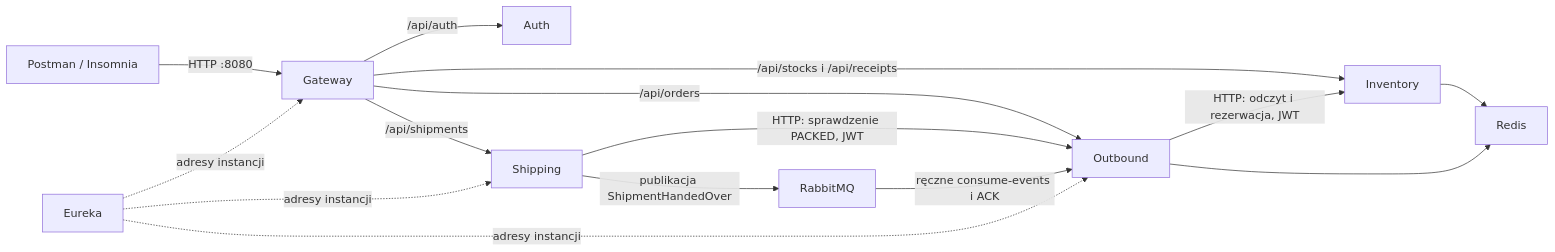
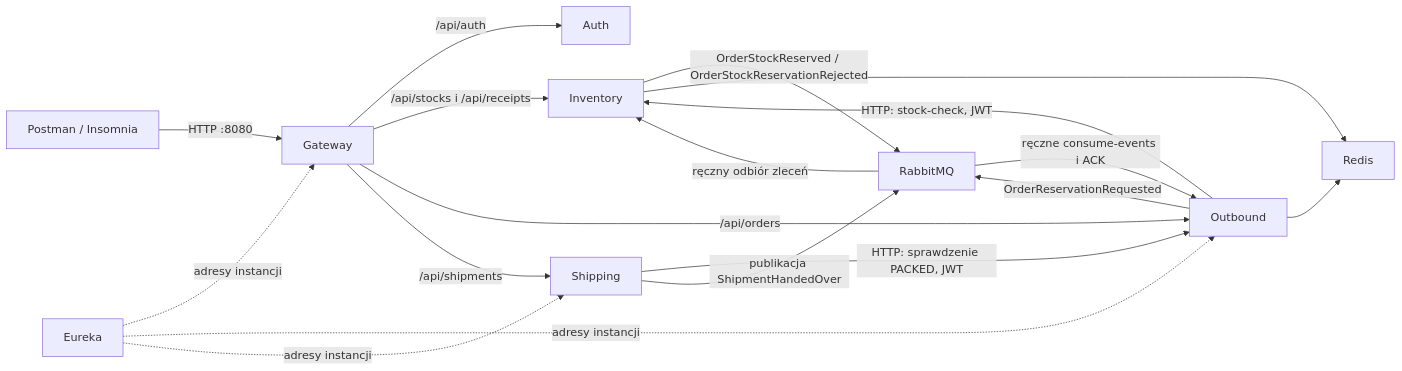
One commit to M3T1X1/web_microservices changed the diagram in HOW_TO.md. Above: the diagram before and after it, drawn with Mermaid. The commit also changed other lines of this file and 32 other files, not shown here.

Commit message:
feat: implement manual product reservation flow

````diff
--- a/HOW_TO.md
+++ b/HOW_TO.md
@@ -128,17 +128,20 @@
 ```mermaid
 flowchart LR
     C[Postman / Insomnia] -->|HTTP :8080| G[Gateway]
     G -->|/api/auth| A[Auth]
     G -->|/api/stocks i /api/receipts| I[Inventory]
     G -->|/api/orders| O[Outbound]
     G -->|/api/shipments| S[Shipping]
-    O -->|HTTP: odczyt i rezerwacja, JWT| I
+    O -->|HTTP: stock-check, JWT| I
     S -->|HTTP: sprawdzenie PACKED, JWT| O
     S -->|publikacja ShipmentHandedOver| Q[RabbitMQ]
     Q -->|ręczne consume-events i ACK| O
+    O -->|OrderReservationRequested| Q
+    Q -->|ręczny odbiór zleceń| I
+    I -->|OrderStockReserved / OrderStockReservationRejected| Q
     I --> R[Redis]
     O --> R
     E[Eureka] -. adresy instancji .-> G
     E -. adresy instancji .-> O
     E -. adresy instancji .-> S
 ```
````
